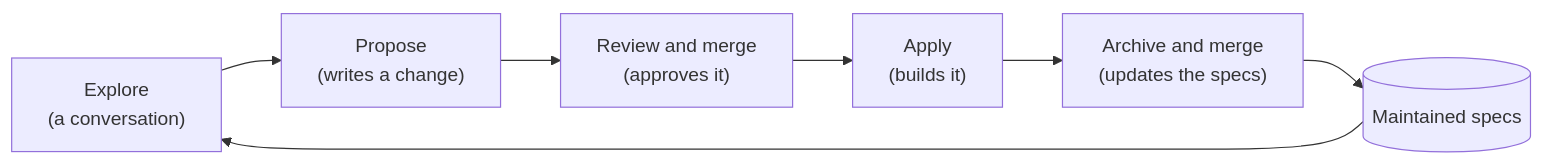
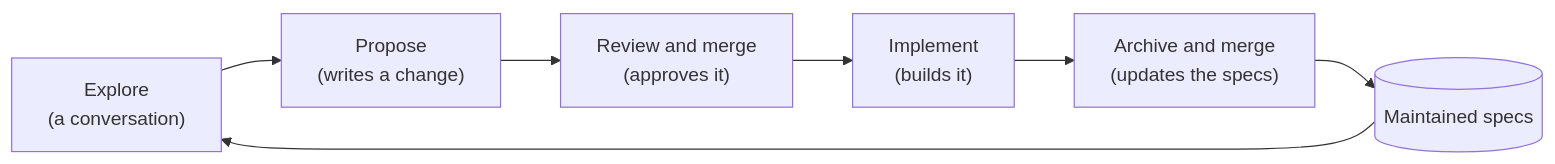
The diagram in docs/concepts.md (mascah/grove), drawn with Mermaid before and after one commit. The commit also changed other lines of this file and 21 other files, not shown here.

````diff
--- a/docs/concepts.md
+++ b/docs/concepts.md
@@ -52,9 +52,9 @@
 ```mermaid
 flowchart LR
     explore["Explore<br/>(a conversation)"] --> propose["Propose<br/>(writes a change)"]
     propose --> merge1["Review and merge<br/>(approves it)"]
-    merge1 --> apply["Apply<br/>(builds it)"]
-    apply --> archive["Archive and merge<br/>(updates the specs)"]
+    merge1 --> implement["Implement<br/>(builds it)"]
+    implement --> archive["Archive and merge<br/>(updates the specs)"]
     archive --> specs[("Maintained specs")]
     specs --> explore
 ```
````
